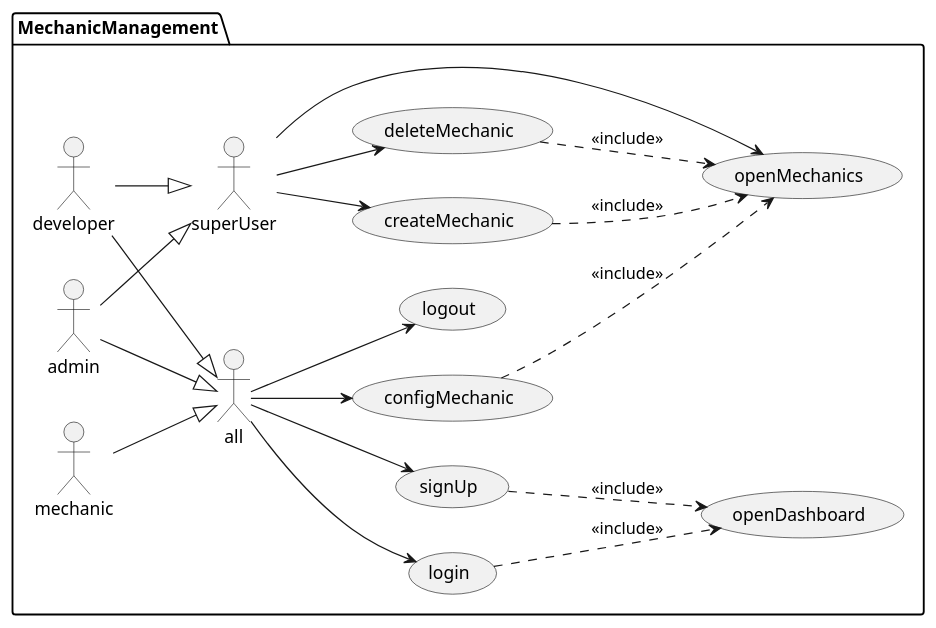
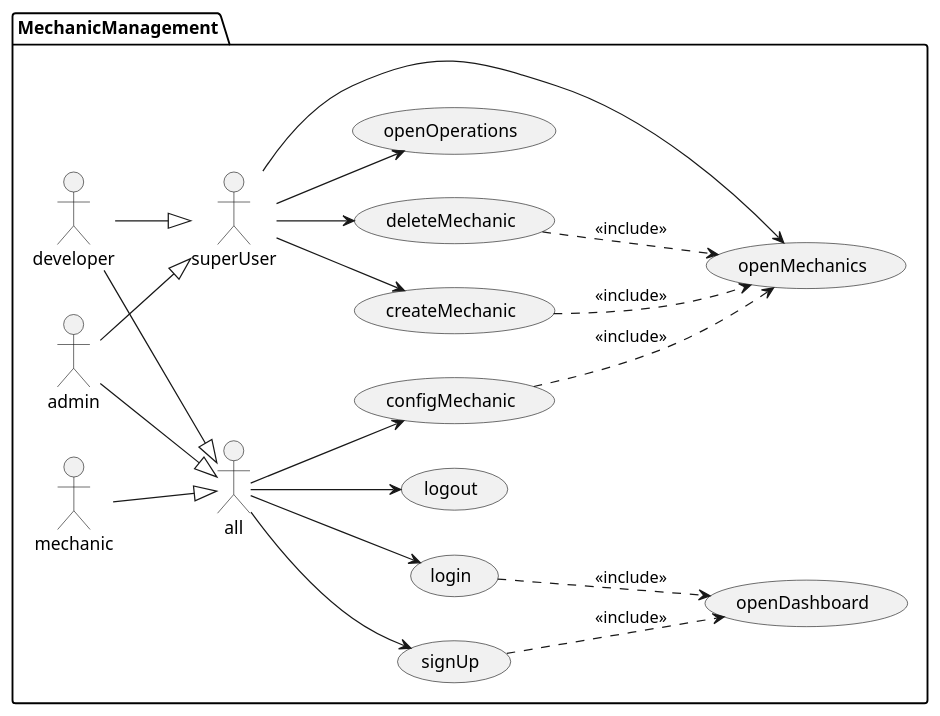
Before and after one commit to Ruskab/agrimManager: the diagram in documentation/1usecasesview/usecases/puml/mechanicUsecases.puml, drawn with PlantUML. The commit also changed 53 other files, not shown here.

```diff
--- a/documentation/1usecasesview/usecases/puml/mechanicUsecases.puml
+++ b/documentation/1usecasesview/usecases/puml/mechanicUsecases.puml
@@ -1,27 +1,28 @@
 @startuml
 left to right direction
 
 package MechanicManagement {
 :mechanic: --|> :all:
 :admin: --|> :all:
 :developer: --|> :all:
 
 :admin: --|> :superUser:
 :developer: --|> :superUser:
 
 
 :superUser: --> (createMechanic)
 :all: --> (configMechanic)
 :superUser: --> (deleteMechanic)
 :superUser: --> (openMechanics)
+:superUser: --> (openOperations)
 :all: --> (login)
 (login) ..> (openDashboard) : <<include>>
 (signUp) ..> (openDashboard) : <<include>>
 (configMechanic) ..> (openMechanics) : <<include>>
 (createMechanic) ..> (openMechanics) : <<include>>
 (deleteMechanic) ..> (openMechanics) : <<include>>
 :all: --> (signUp)
 :all: --> (logout)
 }
 
 @enduml
```
